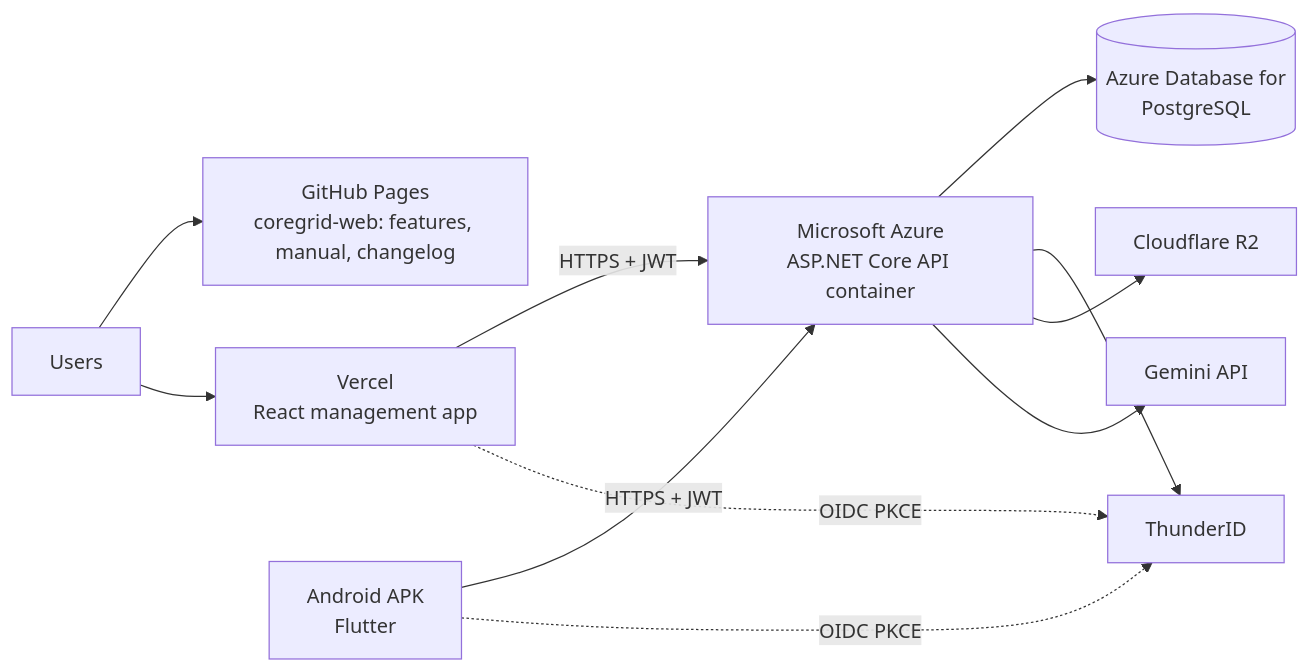
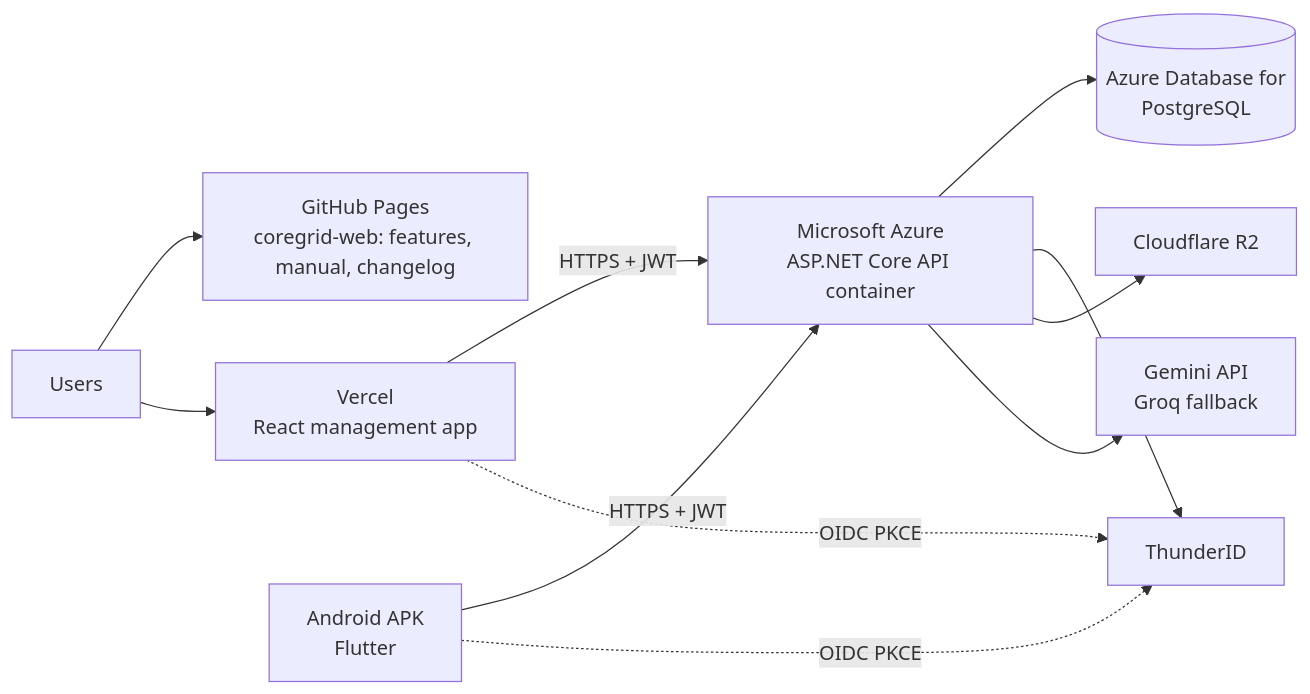
The fourth of 4 diagrams in docs/coursework/group-report.md (CoreGrid-org/CoreGrid), drawn with Mermaid before and after one commit. The commit also changed other lines of this file and 17 other files, not shown here.

````diff
--- a/docs/coursework/group-report.md
+++ b/docs/coursework/group-report.md
@@ -542,13 +543,13 @@
 ```mermaid
 flowchart LR
   U[Users] --> GP[GitHub Pages<br/>coregrid-web: features, manual, changelog]
   U --> V[Vercel<br/>React management app]
   M[Android APK<br/>Flutter] -- HTTPS + JWT --> AZ
   V -- HTTPS + JWT --> AZ[Microsoft Azure<br/>ASP.NET Core API container]
   AZ --> PG[(Azure Database for<br/>PostgreSQL)]
   AZ --> IDP[ThunderID]
   AZ --> R2[Cloudflare R2]
-  AZ --> LLM[Gemini API]
+  AZ --> LLM[Gemini API<br/>Groq fallback]
   V -. OIDC PKCE .-> IDP
   M -. OIDC PKCE .-> IDP
 ```
````
